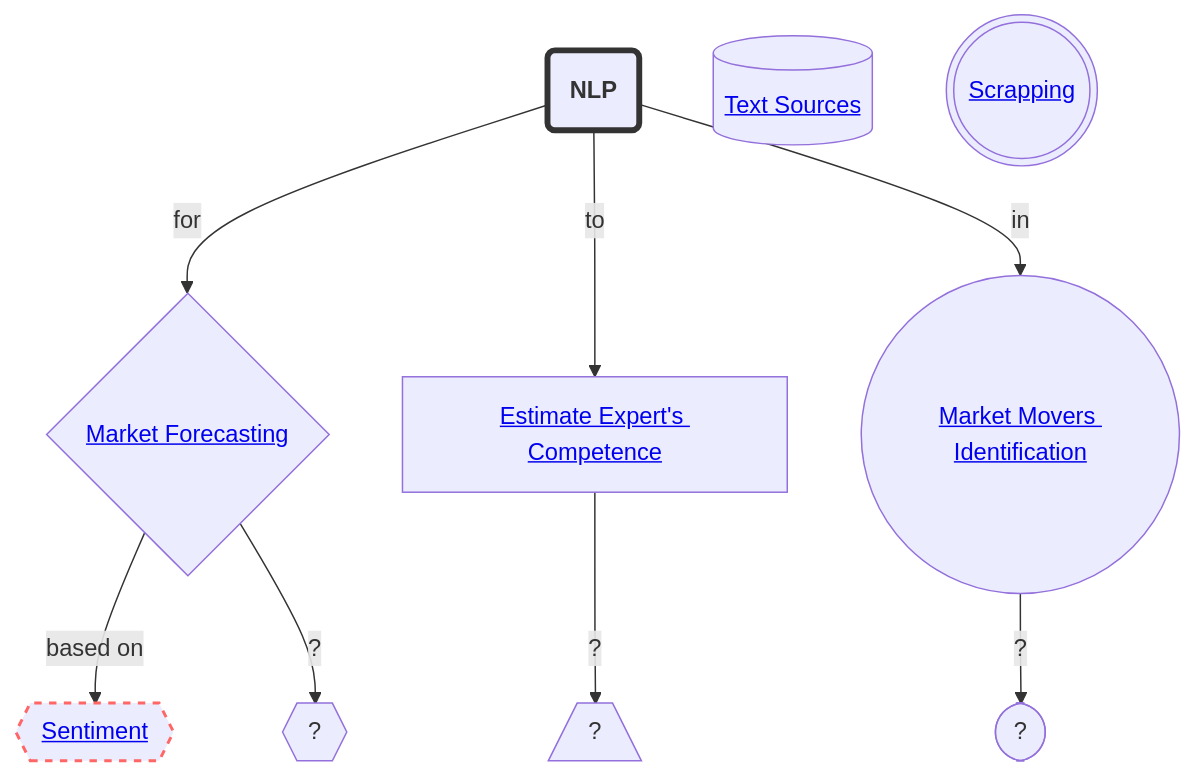
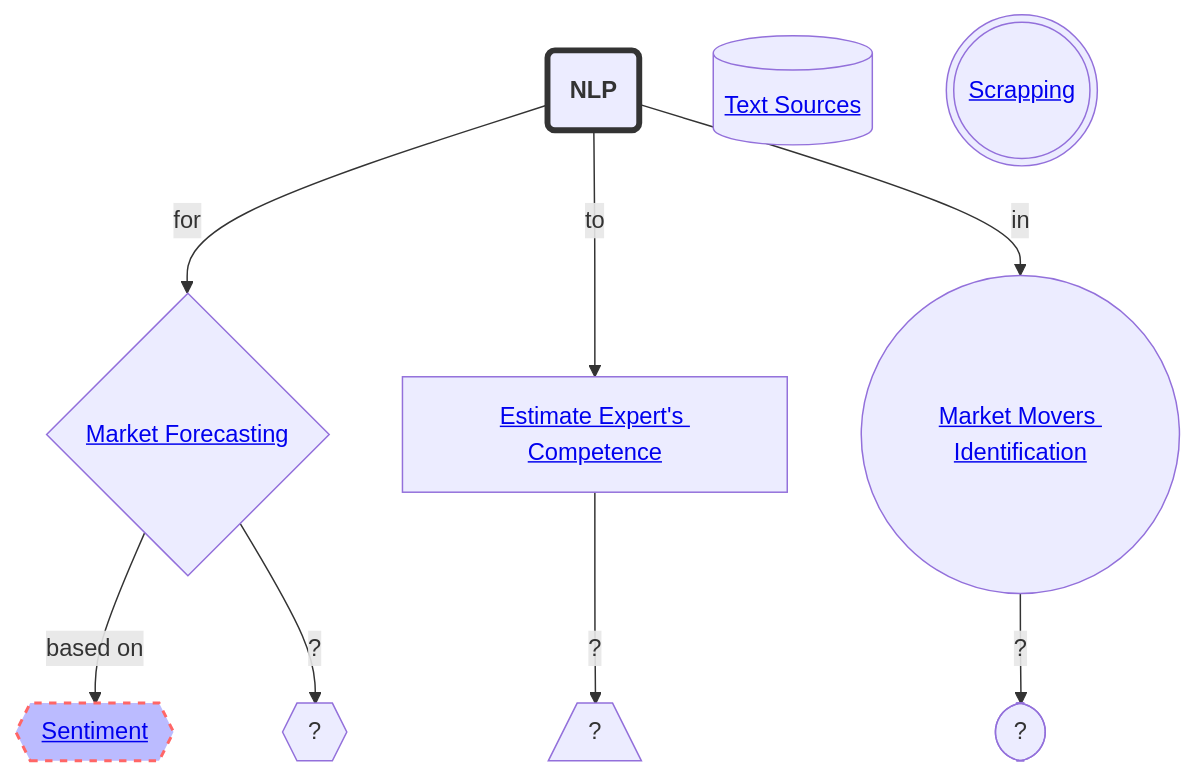
Before and after one commit to completelyboofyblitzed/STOCK-MARKET-NLP: the diagram in README.md, drawn with Mermaid.

````diff
--- a/README.md
+++ b/README.md
@@ -8,22 +8,22 @@
 ```mermaid
 %%{init: {"theme": "default","fontFamily": "cursive", "sequence": { "securityLevel":"loose" }}}%%
 graph TD
     classDef containers fill:#E6E1F7
     
     %% styling the nodes and arrors https://dompl.medium.com/produce-great-looking-flowcharts-in-seconds-7f3bea64f2e2
     %% mermaid editor https://mermaid.live
     
     A(<b>NLP</b>) -->|for| C{<a href='https://github.com/completelyboofyblitzed/NLP-in-STOCK-MARKET/blob/main/README.md#market-forecasting'>Market Forecasting</a>} 
     style A stroke:#333,stroke-width:4px
     J[(<a href='https://github.com/completelyboofyblitzed/NLP-in-STOCK-MARKET/blob/main/README.md#text-sources'>Text Sources</a>)]
     S(((<a href='https://github.com/completelyboofyblitzed/NLP-in-STOCK-MARKET/blob/main/README.md#scrapping'>Scrapping</a>)))
     A -->|to| E[<a href='https://github.com/completelyboofyblitzed/NLP-in-STOCK-MARKET/blob/main/README.md#experts-competence-estimation'>Estimate Expert's Competence</a>]
     A -->|in| M((<a href='https://github.com/completelyboofyblitzed/NLP-in-STOCK-MARKET/blob/main/README.md#market-movers-identification'>Market Movers Identification</a>))
     C -->|based on| D{{<a href='https://github.com/completelyboofyblitzed/NLP-in-STOCK-MARKET/blob/main/README.md#sentiment-based' >Sentiment</a>}}
     C -->|?| B{{?}}
-    style D stroke:#f66,stroke-width:2px,color:#fff,stroke-dasharray: 5 5,text-decoration: none
+    style D fill:#bbf,stroke:#f66,stroke-width:2px,color:#fff,stroke-dasharray: 5 5,text-decoration: none
     %% click B href "https://github.com/completelyboofyblitzed/NLP-in-STOCK-MARKET#sentiment-based" "This is a tooltip for a link"
     E -->|?| F[/?\]
     M -->|?| Q([?])
     %% class A,B,C,E,E,M,F,Q containers;
 ```
````
